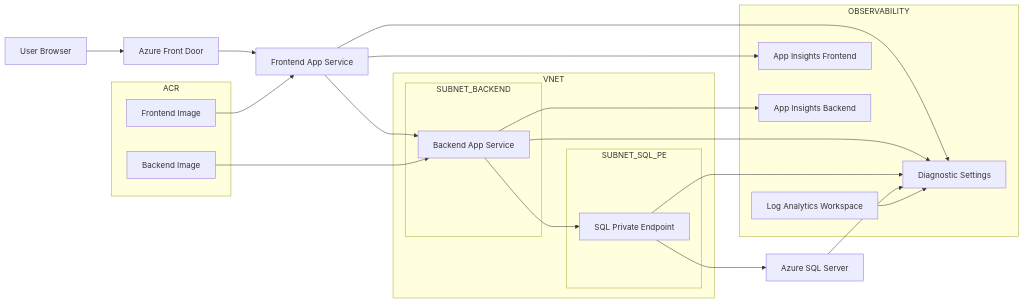
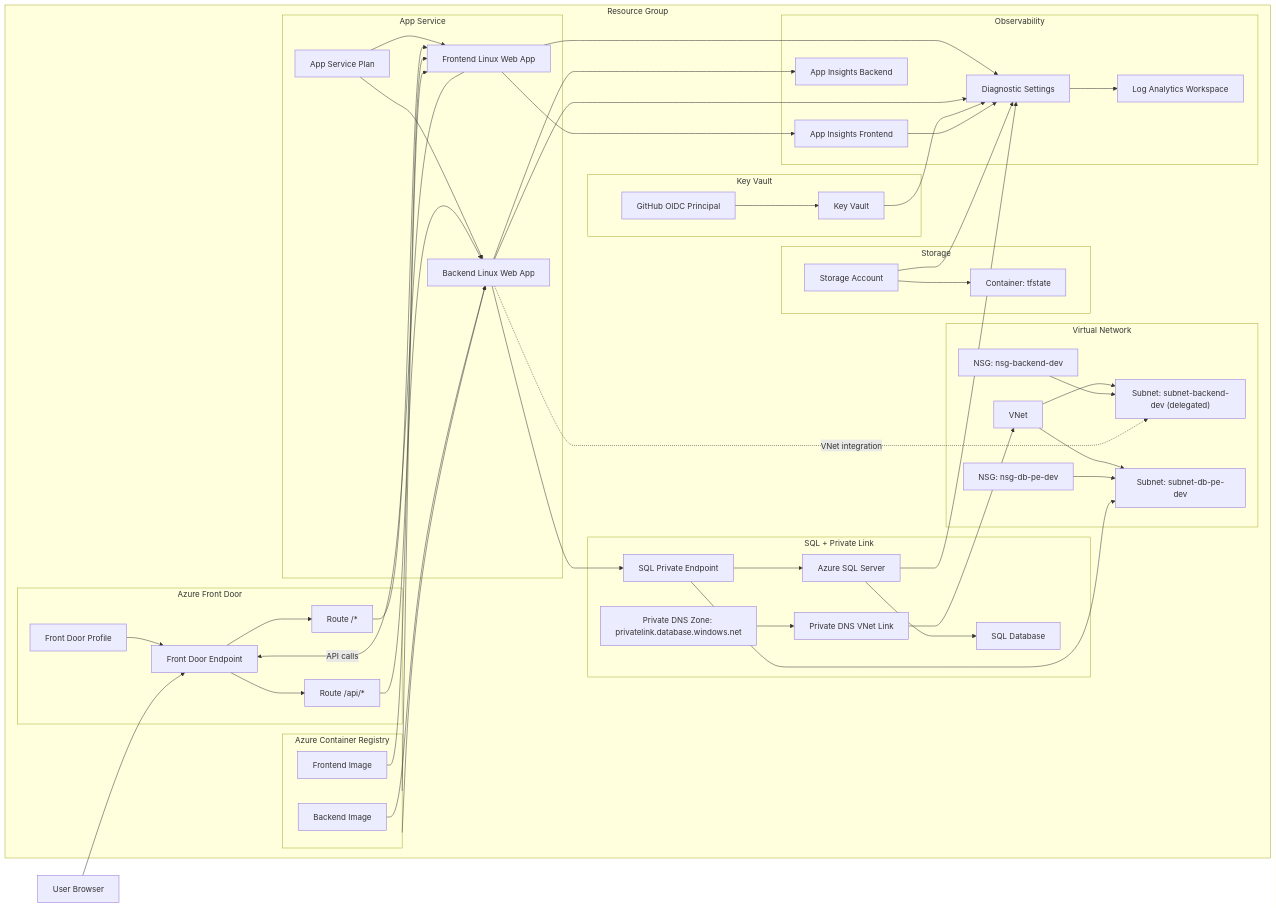
The diagram in docs/architecture.md (samsthomas/azure-3tier-project), drawn with Mermaid before and after one commit.

Commit message:
mermaid changes

````diff
--- a/docs/architecture.md
+++ b/docs/architecture.md
@@ -5,51 +5,98 @@
 ```mermaid
+flowchart LR
+    User[User Browser]
 
-flowchart LR
-
-    A[User Browser] --> B[Azure Front Door]
-
-    B --> C[Frontend App Service]
-
-    C --> D[Backend App Service]
-
-    D --> E[SQL Private Endpoint]
-
-    E --> F[Azure SQL Server]
-
-    subgraph VNET
-        subgraph SUBNET_BACKEND
-            D
+    subgraph RG["Resource Group"]
+        subgraph FD["Azure Front Door"]
+            FDProfile[Front Door Profile]
+            FDEndpoint[Front Door Endpoint]
+            FDRouteWeb["Route /*"]
+            FDRouteApi["Route /api/*"]
+            FDProfile --> FDEndpoint
+            FDEndpoint --> FDRouteWeb
+            FDEndpoint --> FDRouteApi
         end
 
-        subgraph SUBNET_SQL_PE
-            E
+        subgraph AppSvc["App Service"]
+            Plan[App Service Plan]
+            FEApp[Frontend Linux Web App]
+            BEApp[Backend Linux Web App]
+            Plan --> FEApp
+            Plan --> BEApp
+        end
+
+        subgraph Network["Virtual Network"]
+            VNet[VNet]
+            SubnetApp["Subnet: subnet-backend-dev (delegated)"]
+            SubnetPE["Subnet: subnet-db-pe-dev"]
+            NSGApp[NSG: nsg-backend-dev]
+            NSGPE[NSG: nsg-db-pe-dev]
+            VNet --> SubnetApp
+            VNet --> SubnetPE
+            NSGApp --> SubnetApp
+            NSGPE --> SubnetPE
+        end
+
+        subgraph Data["SQL + Private Link"]
+            SqlServer[Azure SQL Server]
+            SqlDb[SQL Database]
+            SqlPE[SQL Private Endpoint]
+            PrivateDNS["Private DNS Zone: privatelink.database.windows.net"]
+            VNetLink[Private DNS VNet Link]
+            SqlServer --> SqlDb
+            SqlPE --> SqlServer
+            PrivateDNS --> VNetLink
+            VNetLink --> VNet
+        end
+
+        subgraph ACR["Azure Container Registry"]
+            FEImage[Frontend Image]
+            BEImage[Backend Image]
+        end
+
+        subgraph Storage["Storage"]
+            StorageAcct[Storage Account]
+            TfState[Container: tfstate]
+            StorageAcct --> TfState
+        end
+
+        subgraph KV["Key Vault"]
+            KeyVault[Key Vault]
+            GitHubOIDC[GitHub OIDC Principal]
+            GitHubOIDC --> KeyVault
+        end
+
+        subgraph Obs["Observability"]
+            LAW[Log Analytics Workspace]
+            AIFe[App Insights Frontend]
+            AIBE[App Insights Backend]
+            Diag[Diagnostic Settings]
         end
     end
 
-    subgraph ACR
-        G[Frontend Image]
-        H[Backend Image]
-    end
+    User --> FDEndpoint
+    FDRouteWeb --> FEApp
+    FDRouteApi --> BEApp
+    FEApp -->|API calls| FDEndpoint
 
-    G --> C
-    H --> D
+    BEApp --> SqlPE
+    BEApp -. VNet integration .-> SubnetApp
+    SqlPE --> SubnetPE
 
-    subgraph OBSERVABILITY
-        I[Log Analytics Workspace]
-        J[App Insights Frontend]
-        K[App Insights Backend]
-        L[Diagnostic Settings]
-    end
+    FEImage --> FEApp
+    BEImage --> BEApp
 
-    C --> J
-    D --> K
+    ACR --> FEApp
+    ACR --> BEApp
 
-    C --> L
-    D --> L
-    E --> L
-    F --> L
-    I --> L
+    FEApp --> AIFe
+    BEApp --> AIBE
 
-
-
+    FEApp --> Diag
+    BEApp --> Diag
+    SqlServer --> Diag
+    StorageAcct --> Diag
+    KeyVault --> Diag
+    AIFe --> Diag
+    Diag --> LAW
 ```
````
